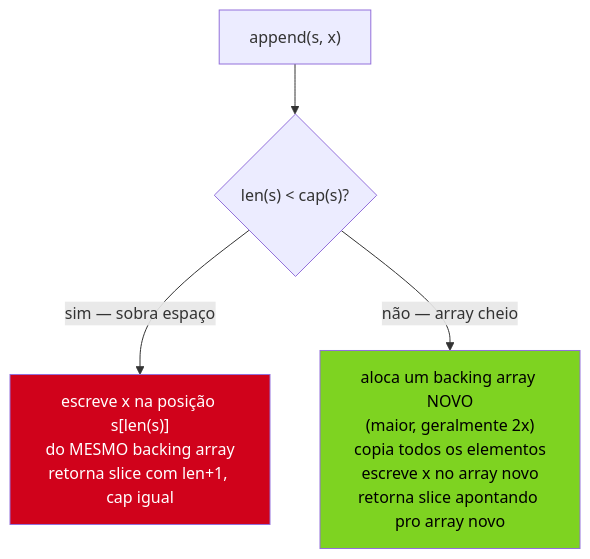
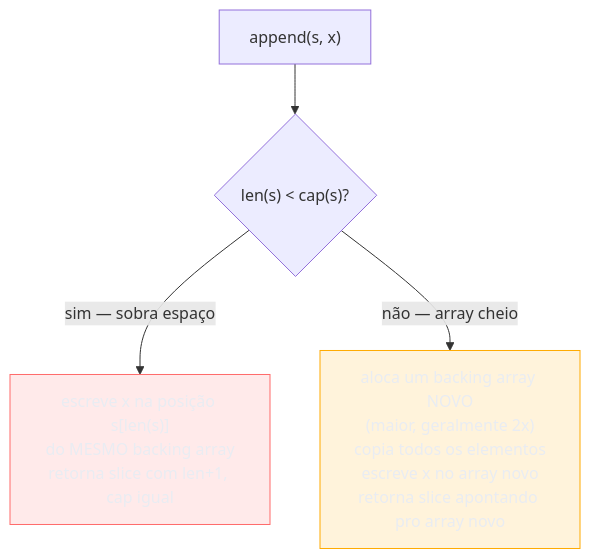
The third of 4 diagrams in 03-Dominios/Tecnologia/Go/05 - Coleções e dados/05 - O modelo de memória de slices — len, cap e aliasing.md (josenaldo/codex-technomanticus), drawn with Mermaid before and after one commit. The commit also changed other lines of this file and 1181 other files, not shown here.

First line of the commit message:
fix(diagramas): paleta do sistema no lugar de cor cravada no markdown

````diff
--- a/03-Dominios/Tecnologia/Go/05 - Coleções e dados/05 - O modelo de memória de slices — len, cap e aliasing.md
+++ b/03-Dominios/Tecnologia/Go/05 - Coleções e dados/05 - O modelo de memória de slices — len, cap e aliasing.md
@@ -128,9 +132,11 @@
 ```mermaid
 flowchart TD
+    classDef falha fill:#FF6B6B24,stroke:#FF6B6B,color:#E9ECF2
+    classDef destaque fill:#FFAA0024,stroke:#FFAA00,color:#E9ECF2
     A["append(s, x)"] --> B{"len(s) < cap(s)?"}
     B -->|"sim — sobra espaço"| C["escreve x na posição s[len(s)]\ndo MESMO backing array\nretorna slice com len+1, cap igual"]
     B -->|"não — array cheio"| D["aloca um backing array NOVO\n(maior, geralmente 2x)\ncopia todos os elementos\nescreve x no array novo\nretorna slice apontando pro array novo"]
 
-    style C fill:#D0021B,color:#fff
-    style D fill:#7ED321,color:#000
+    class C falha
+    class D destaque
 ```
````
